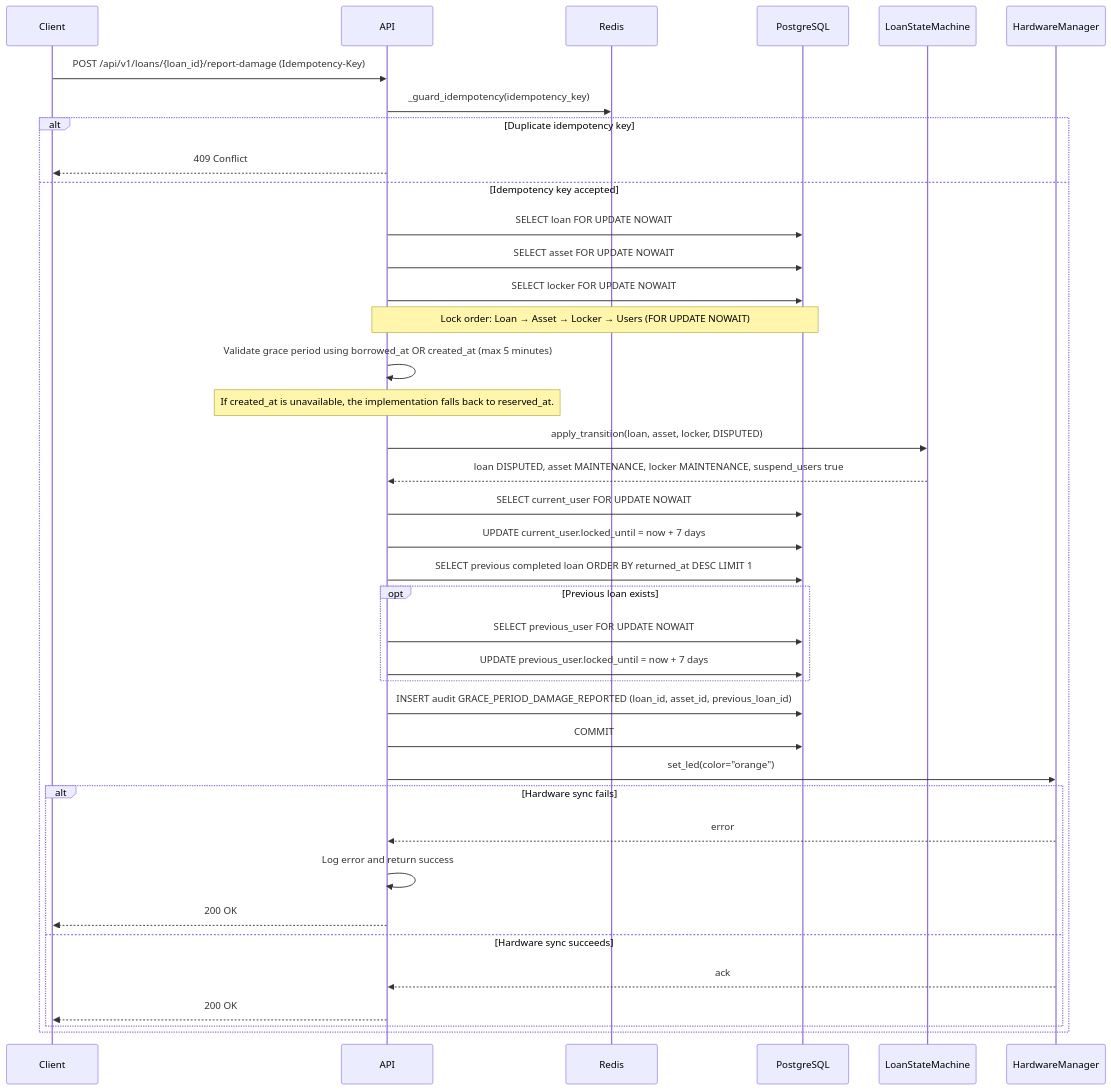
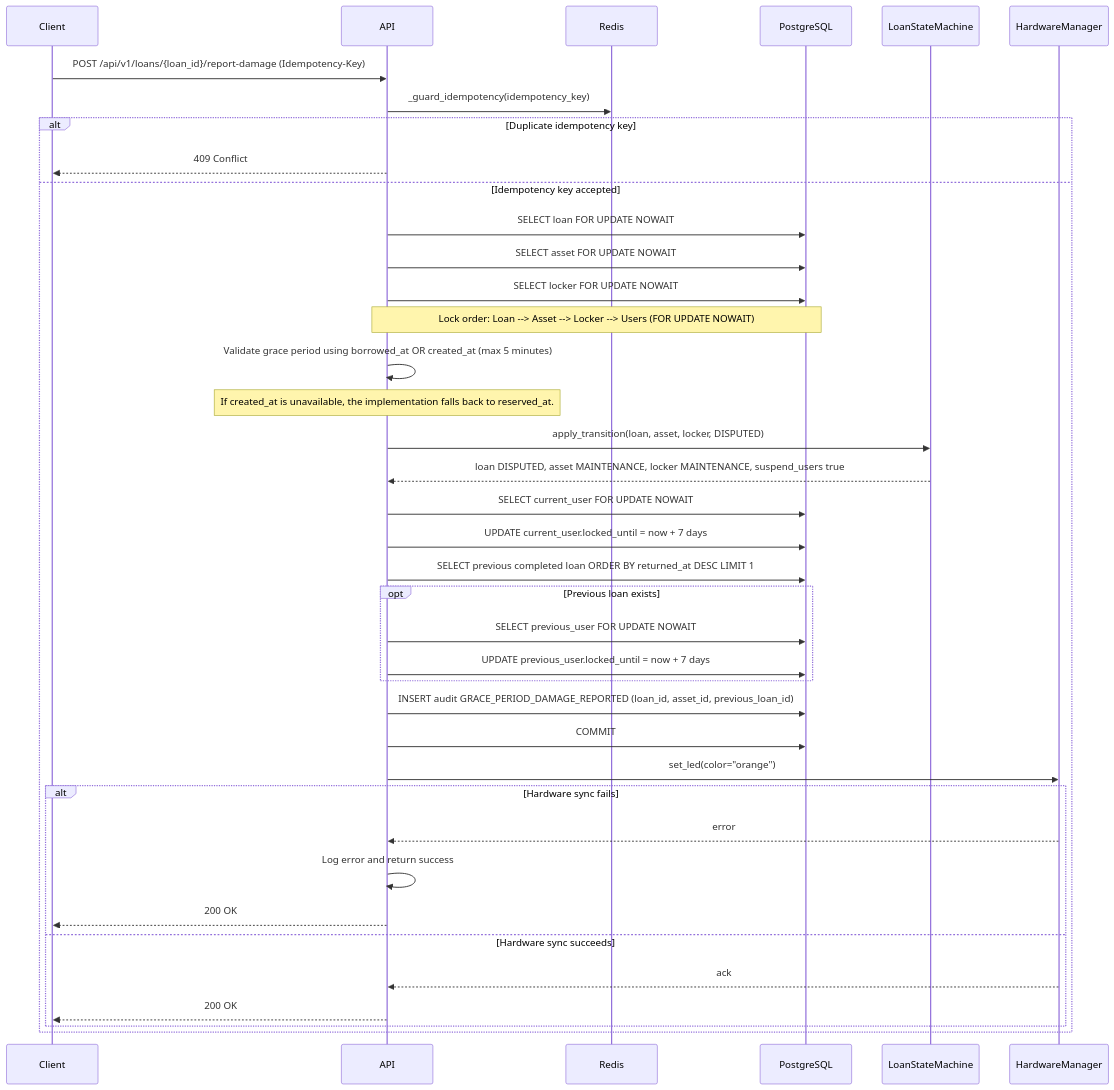
Before and after one commit to easylend-practice-enterprise/easylend: the diagram in docs/architecture/05_user_suspension.md, drawn with Mermaid. The commit also changed 49 other files, not shown here.

````diff
--- a/docs/architecture/05_user_suspension.md
+++ b/docs/architecture/05_user_suspension.md
@@ -20,49 +20,49 @@
 ```mermaid
 sequenceDiagram
     participant Client
     participant API
     participant Redis
     participant DB as PostgreSQL
     participant LoanStateMachine
     participant HardwareManager
 
     Client->>API: POST /api/v1/loans/{loan_id}/report-damage (Idempotency-Key)
     API->>Redis: _guard_idempotency(idempotency_key)
 
     alt Duplicate idempotency key
         API-->>Client: 409 Conflict
     else Idempotency key accepted
         API->>DB: SELECT loan FOR UPDATE NOWAIT
         API->>DB: SELECT asset FOR UPDATE NOWAIT
         API->>DB: SELECT locker FOR UPDATE NOWAIT
-        Note over API,DB: Lock order: Loan → Asset → Locker → Users (FOR UPDATE NOWAIT)
+        Note over API,DB: Lock order: Loan --> Asset --> Locker --> Users (FOR UPDATE NOWAIT)
 
         API->>API: Validate grace period using borrowed_at OR created_at (max 5 minutes)
         Note over API: If created_at is unavailable, the implementation falls back to reserved_at.
 
         API->>LoanStateMachine: apply_transition(loan, asset, locker, DISPUTED)
         LoanStateMachine-->>API: loan DISPUTED, asset MAINTENANCE, locker MAINTENANCE, suspend_users true
 
         API->>DB: SELECT current_user FOR UPDATE NOWAIT
         API->>DB: UPDATE current_user.locked_until = now + 7 days
         API->>DB: SELECT previous completed loan ORDER BY returned_at DESC LIMIT 1
 
         opt Previous loan exists
             API->>DB: SELECT previous_user FOR UPDATE NOWAIT
             API->>DB: UPDATE previous_user.locked_until = now + 7 days
         end
 
         API->>DB: INSERT audit GRACE_PERIOD_DAMAGE_REPORTED (loan_id, asset_id, previous_loan_id)
         API->>DB: COMMIT
 
         API->>HardwareManager: set_led(color="orange")
         alt Hardware sync fails
             HardwareManager-->>API: error
             API->>API: Log error and return success
             API-->>Client: 200 OK
         else Hardware sync succeeds
             HardwareManager-->>API: ack
             API-->>Client: 200 OK
         end
     end
 ```
````
